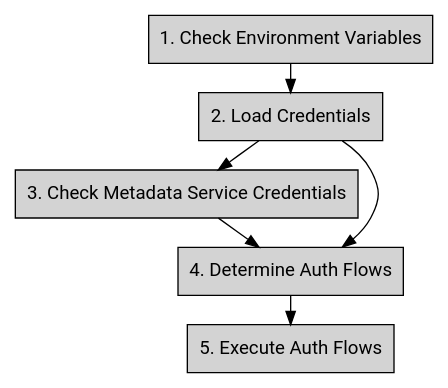
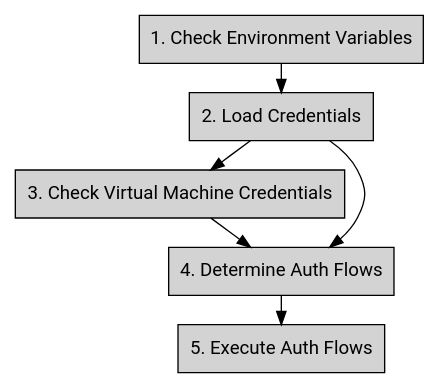
Before and after one commit to aip-dev/google.aip.dev: the diagram in aip/auth/4110.md, drawn with Graphviz. The commit also changed other lines of this file, not shown here.

````diff
--- a/aip/auth/4110.md
+++ b/aip/auth/4110.md
@@ -101,16 +101,16 @@
 ```graphviz
 digraph d_front_back {
   rankdir=TB;
   ranksep=0.3;
   node [ style="filled,solid" shape=box fontname="Roboto" ];
 
   check_env_var [ label="1. Check Environment Variables" ];
   load_credentials [ label="2. Load Credentials" ];
-  check_metadata [ label="3. Check Metadata Service Credentials" ];
+  check_metadata [ label="3. Check Virtual Machine Credentials" ];
   auth_flows [ label="4. Determine Auth Flows" ];
   execute [ label="5. Execute Auth Flows" ];
 
   check_env_var -> load_credentials -> check_metadata ->auth_flows -> execute;
   load_credentials -> auth_flows;
 }
 ```
````
